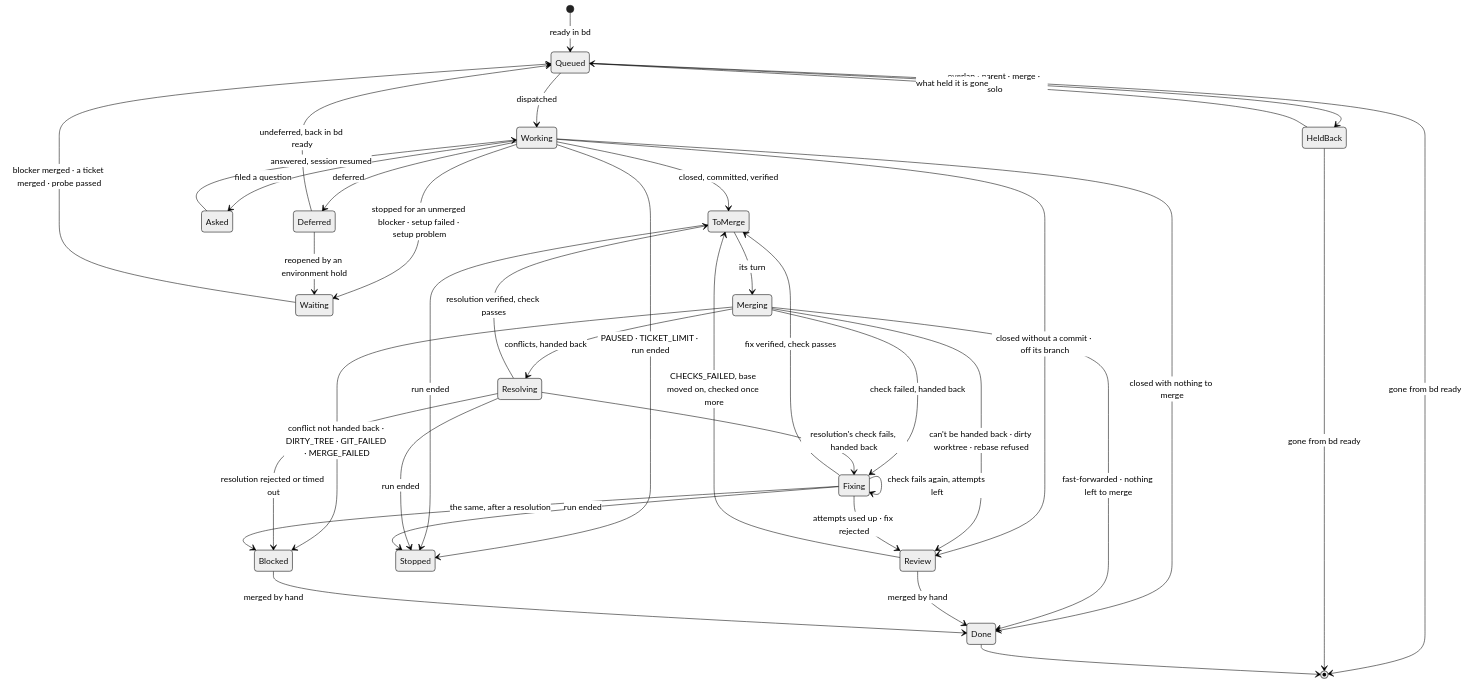
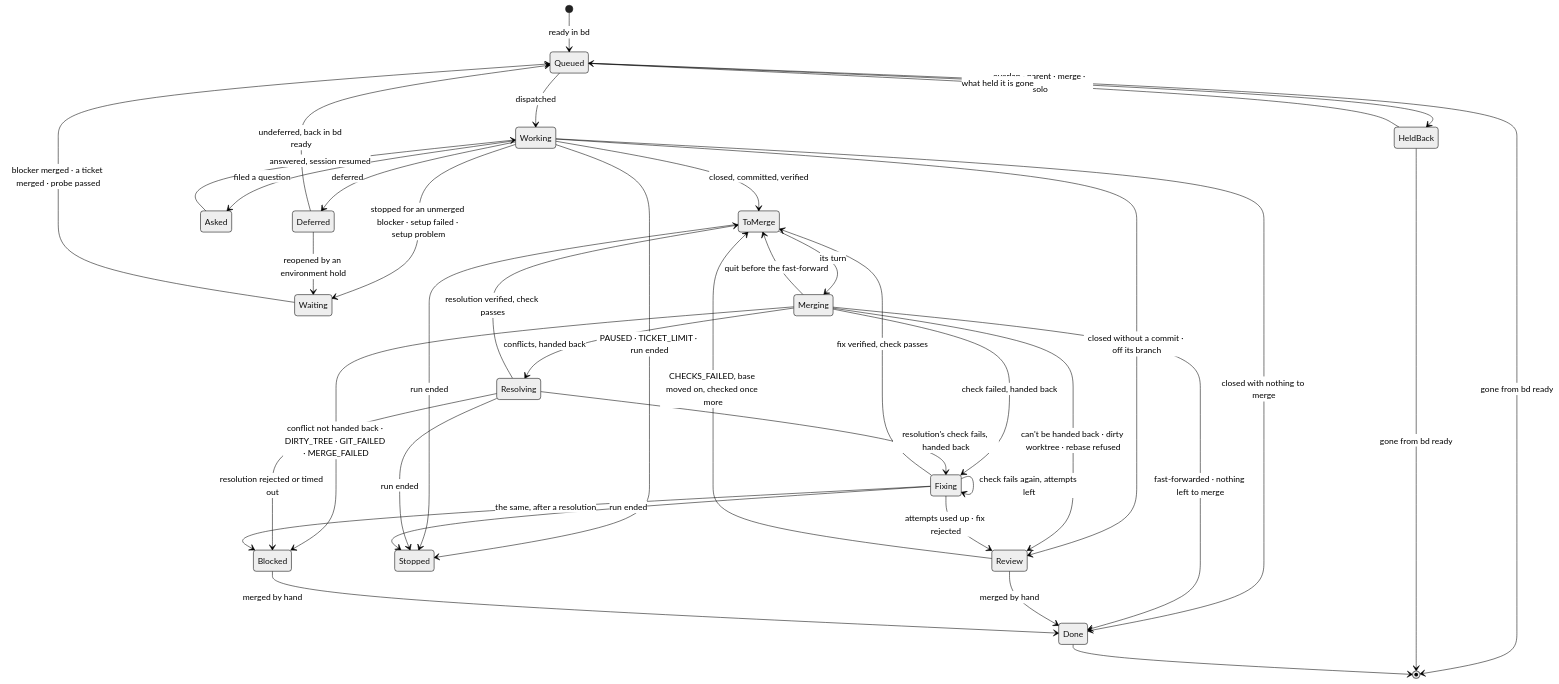
One commit to noesis-sol/tutti changed the diagram in .orchestra/specs/tutti-spec.md. Above: the diagram before and after it, drawn with Mermaid (neutral theme). The commit also changed other lines of this file, not shown here.

Commit message:
Add the Merging -> ToMerge row for a quit before the fast-forward to spec § 5.1 (tutti-wdd6)

````diff
--- a/.orchestra/specs/tutti-spec.md
+++ b/.orchestra/specs/tutti-spec.md
@@ -858,40 +858,41 @@
 ```mermaid
 stateDiagram-v2
     [*] --> Queued: ready in bd
     Queued --> HeldBack: overlap · parent · merge · solo
     HeldBack --> Queued: what held it is gone
     Queued --> [*]: gone from bd ready
     HeldBack --> [*]: gone from bd ready
     Queued --> Working: dispatched
     Working --> ToMerge: closed, committed, verified
     Working --> Done: closed with nothing to merge
     Working --> Asked: filed a question
     Working --> Waiting: stopped for an unmerged blocker · setup failed · setup problem
     Working --> Deferred: deferred
     Working --> Review: closed without a commit · off its branch
     Working --> Stopped: PAUSED · TICKET_LIMIT · run ended
     Asked --> Working: answered, session resumed
     Waiting --> Queued: blocker merged · a ticket merged · probe passed
     Deferred --> Waiting: reopened by an environment hold
     Deferred --> Queued: undeferred, back in bd ready
     ToMerge --> Merging: its turn
     ToMerge --> Stopped: run ended
     Merging --> Done: fast-forwarded · nothing left to merge
+    Merging --> ToMerge: quit before the fast-forward
     Merging --> Resolving: conflicts, handed back
     Merging --> Fixing: check failed, handed back
     Merging --> Review: can't be handed back · dirty worktree · rebase refused
     Merging --> Blocked: conflict not handed back · DIRTY_TREE · GIT_FAILED · MERGE_FAILED
     Resolving --> ToMerge: resolution verified, check passes
     Resolving --> Fixing: resolution's check fails, handed back
     Resolving --> Blocked: resolution rejected or timed out
     Resolving --> Stopped: run ended
     Fixing --> ToMerge: fix verified, check passes
     Fixing --> Fixing: check fails again, attempts left
     Fixing --> Review: attempts used up · fix rejected
     Fixing --> Blocked: the same, after a resolution
     Fixing --> Stopped: run ended
     Review --> ToMerge: CHECKS_FAILED, base moved on, checked once more
     Review --> Done: merged by hand
     Blocked --> Done: merged by hand
     Done --> [*]
 ```
````
